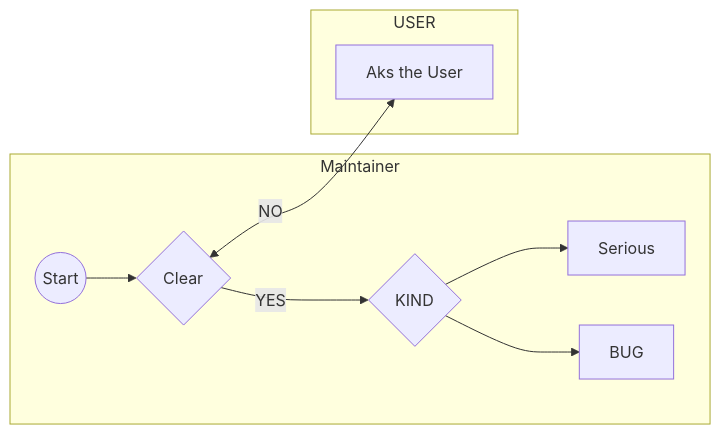
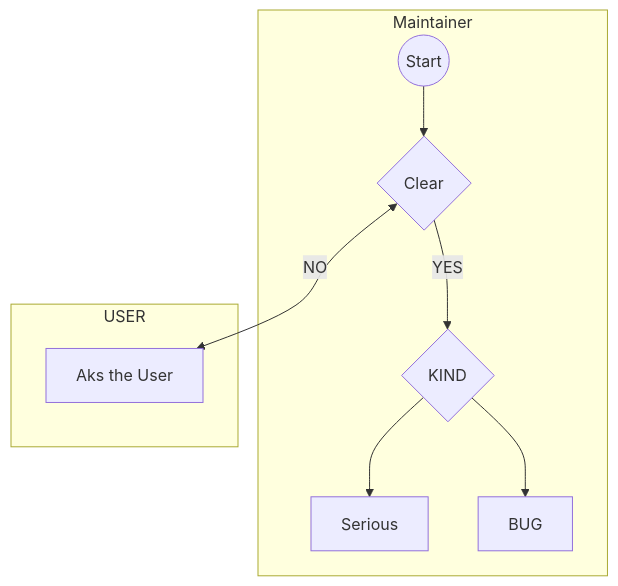
Before and after one commit to GFGMNET/Workspace: the diagram in docs/workflow_bug.md, drawn with Mermaid.

````diff
--- a/docs/workflow_bug.md
+++ b/docs/workflow_bug.md
@@ -1,22 +1,22 @@
 ```mermaid
-flowchart LR
+flowchart TB
  subgraph Maintainer
   STA@{ shape: circle, label: "Start" }
   DEA[Serious]
   BUG[BUG]
   CLE{Clear}
   KIN{KIND}
  end
  subgraph USER
   COM[Aks the User]
  end
  
  STA --> CLE
  CLE <--> |NO|COM 
  CLE --> |YES|KIN
  KIN --> DEA
  KIN --> BUG
  
 
  
 ```
````
